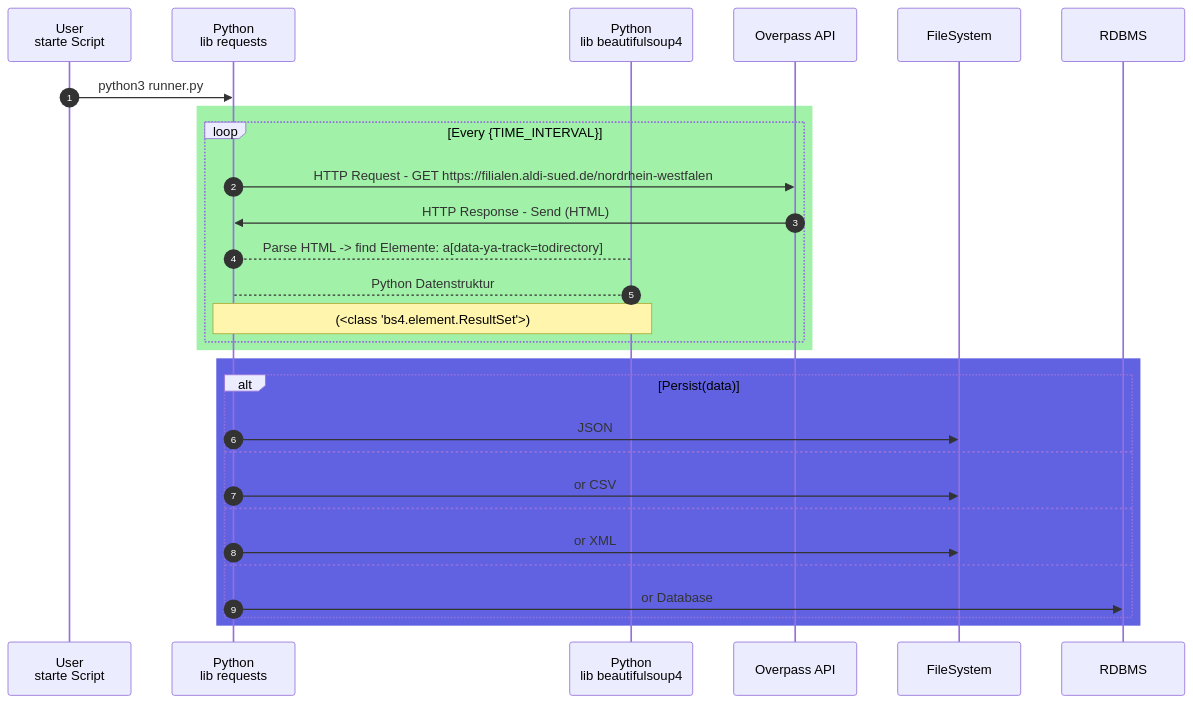
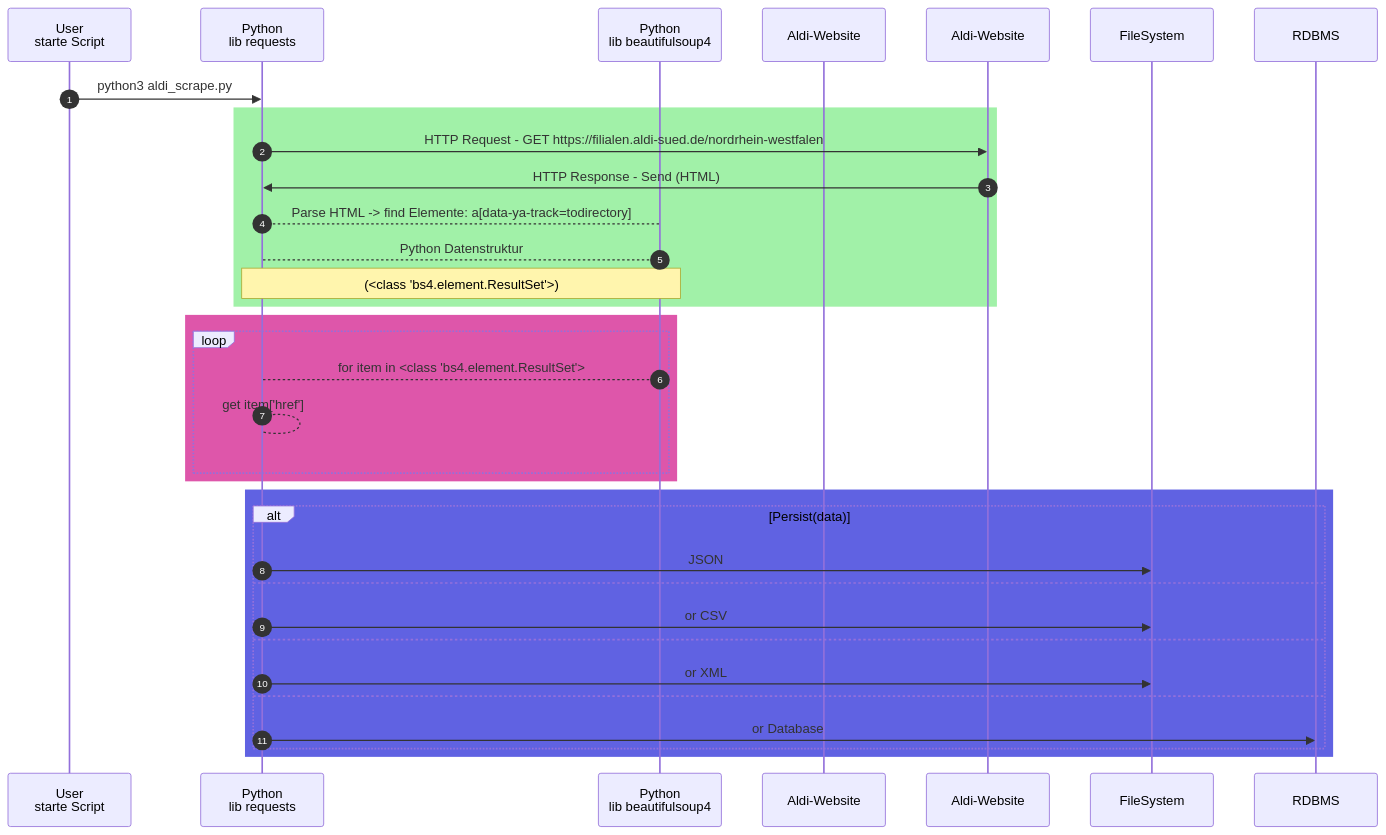
Before and after one commit to nevsglueckauf/high_five: the diagram in proj_doq/webscraping.md, drawn with Mermaid.

Commit message:
Änderungen doc

````diff
--- a/proj_doq/webscraping.md
+++ b/proj_doq/webscraping.md
@@ -3,33 +3,35 @@
 ```mermaid
 sequenceDiagram
     autonumber
     participant Usr as User<br/>starte Script
     participant Py as Python<br/>lib requests
     participant SP as Python<br/> lib beautifulsoup4 
     
-    participant Webserver as Overpass API
-    Usr->>Py:python3 runner.py
+    participant Webserver as Aldi-Website
+    Usr->>Py:python3  aldi_scrape.py  
     rect rgb(161, 241, 168)
-        loop Every {TIME_INTERVAL}
-            
-            Py->>Webserver: HTTP Request - GET  https://filialen.aldi-sued.de/nordrhein-westfalen
-            Webserver->>Py: HTTP Response - Send (HTML)
+            Py->>Aldi-Website: HTTP Request - GET  https://filialen.aldi-sued.de/nordrhein-westfalen
+            Aldi-Website->>Py: HTTP Response - Send (HTML)
             Py-->SP: Parse HTML -> find Elemente: a[data-ya-track=todirectory]
             SP-->Py: Python Datenstruktur 
             note over Py, SP: (<class 'bs4.element.ResultSet'>)
-    
+    end
+    rect rgb(222, 86, 170)
+        loop 
+            SP-->Py: for item in <class 'bs4.element.ResultSet'>
+            Py-->Py: get item['href']
         end
     end
     rect rgb(96, 98, 226)
         alt Persist(data)
             Py->>FileSystem: JSON 
         else 
             Py->>FileSystem: or CSV 
         else 
             Py->>FileSystem: or XML 
         else 
             Py->>RDBMS: or Database 
         end
     end    
 
 ```
````
